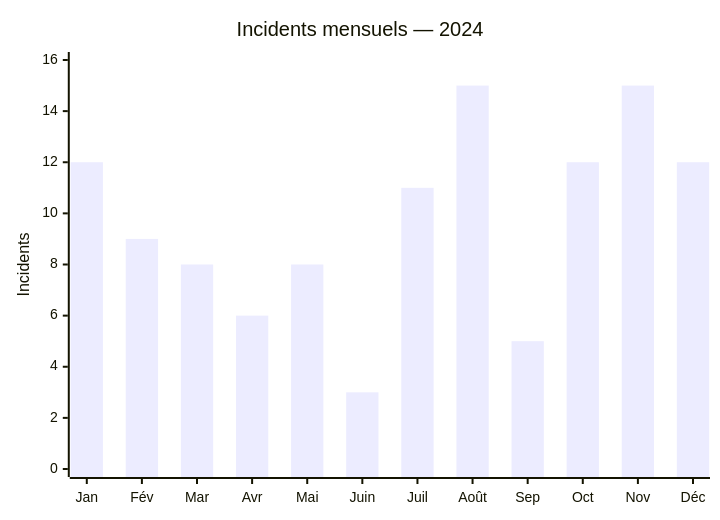
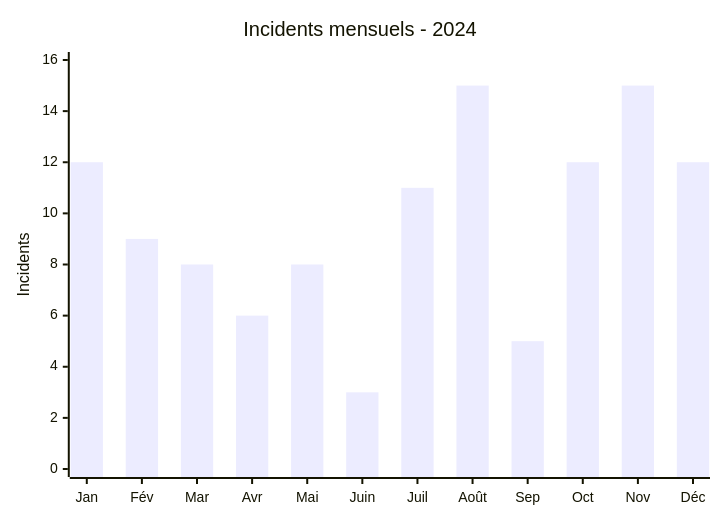
The first of 3 diagrams in CyberAttackAfrica/2024/README_FR.md (Hatchepsoute/AFRINTEL), drawn with Mermaid before and after one commit. The commit also changed other lines of this file and 182 other files, not shown here.

````diff
--- a/CyberAttackAfrica/2024/README_FR.md
+++ b/CyberAttackAfrica/2024/README_FR.md
@@ -58,7 +58,7 @@
 ```mermaid
 xychart
-    title "Incidents mensuels — 2024"
+    title "Incidents mensuels - 2024"
     x-axis ["Jan","Fév","Mar","Avr","Mai","Juin","Juil","Août","Sep","Oct","Nov","Déc"]
     y-axis "Incidents" 0 --> 16
     bar [12,9,8,6,8,3,11,15,5,12,15,12]
 ```
````
